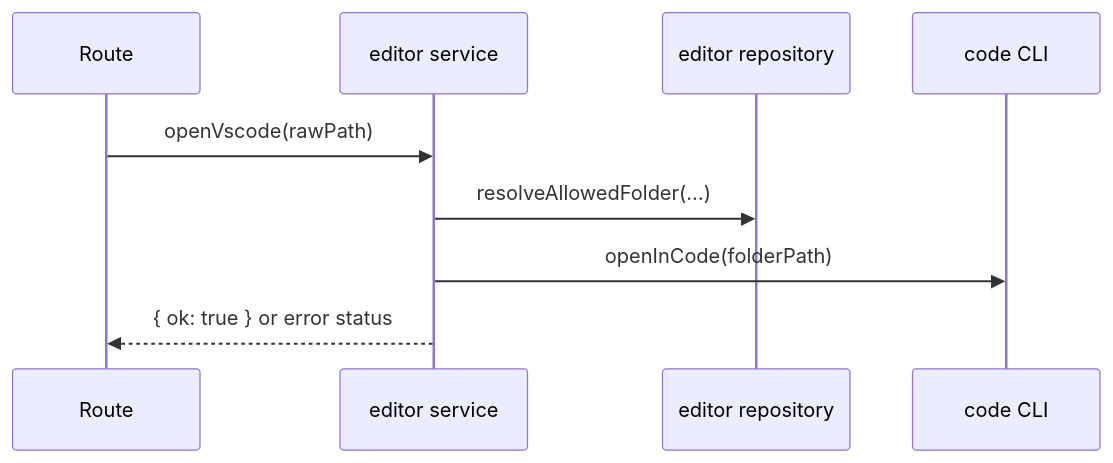
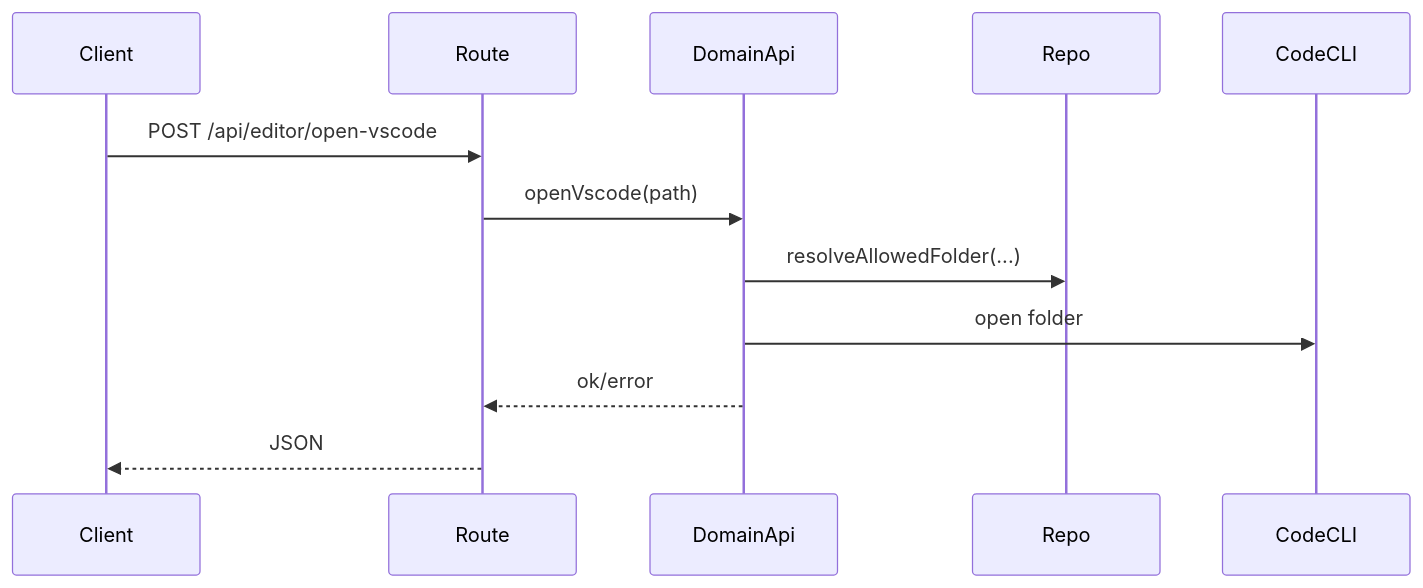
Before and after one commit to TurtleStoffel/tektite-console: the diagram in src/backend/domains/editor/README.md, drawn with Mermaid. The commit also changed other lines of this file and 30 other files, not shown here.

Commit message:
split domainApi from service

````diff
--- a/src/backend/domains/editor/README.md
+++ b/src/backend/domains/editor/README.md
@@ -12,11 +12,14 @@
 ```mermaid
 sequenceDiagram
+    participant Client
     participant Route
-    participant Service as editor service
-    participant Repo as editor repository
-    participant VSCode as code CLI
-    Route->>Service: openVscode(rawPath)
-    Service->>Repo: resolveAllowedFolder(...)
-    Service->>VSCode: openInCode(folderPath)
-    Service-->>Route: { ok: true } or error status
+    participant DomainApi
+    participant Repo
+    participant CodeCLI
+    Client->>Route: POST /api/editor/open-vscode
+    Route->>DomainApi: openVscode(path)
+    DomainApi->>Repo: resolveAllowedFolder(...)
+    DomainApi->>CodeCLI: open folder
+    DomainApi-->>Route: ok/error
+    Route-->>Client: JSON
 ```
````
